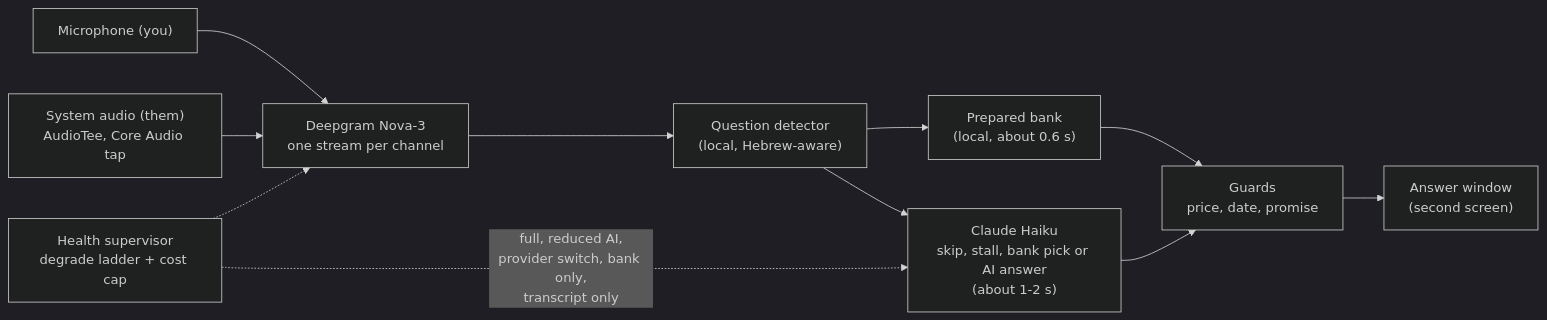
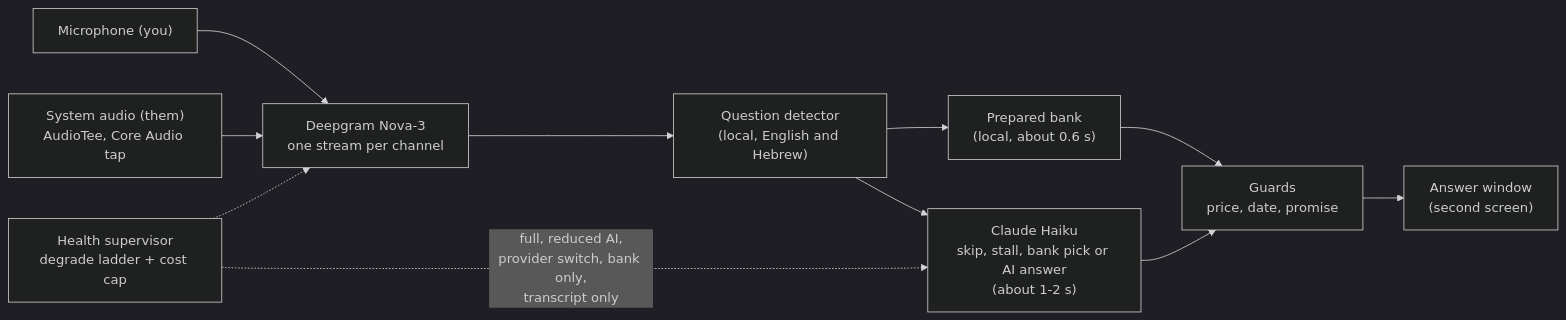
One commit to koren850/wingman changed the diagram in README.md. Above: the diagram before and after it, drawn with Mermaid (dark theme). The commit also changed other lines of this file and 8 other files, not shown here.

````diff
--- a/README.md
+++ b/README.md
@@ -122,13 +130,13 @@
 ```mermaid
 flowchart LR
   mic["Microphone (you)"] --> stt
   sys["System audio (them)<br/>AudioTee, Core Audio tap"] --> stt
-  stt["Deepgram Nova-3<br/>one stream per channel"] --> det["Question detector<br/>(local, Hebrew-aware)"]
+  stt["Deepgram Nova-3<br/>one stream per channel"] --> det["Question detector<br/>(local, English and Hebrew)"]
   det --> bank["Prepared bank<br/>(local, about 0.6 s)"]
   det --> llm["Claude Haiku<br/>skip, stall, bank pick or AI answer<br/>(about 1-2 s)"]
   bank --> guards["Guards<br/>price, date, promise"]
   llm --> guards
   guards --> win["Answer window<br/>(second screen)"]
   health["Health supervisor<br/>degrade ladder + cost cap"] -. "full, reduced AI,<br/>provider switch, bank only,<br/>transcript only" .-> llm
   health -.-> stt
 ```
````
